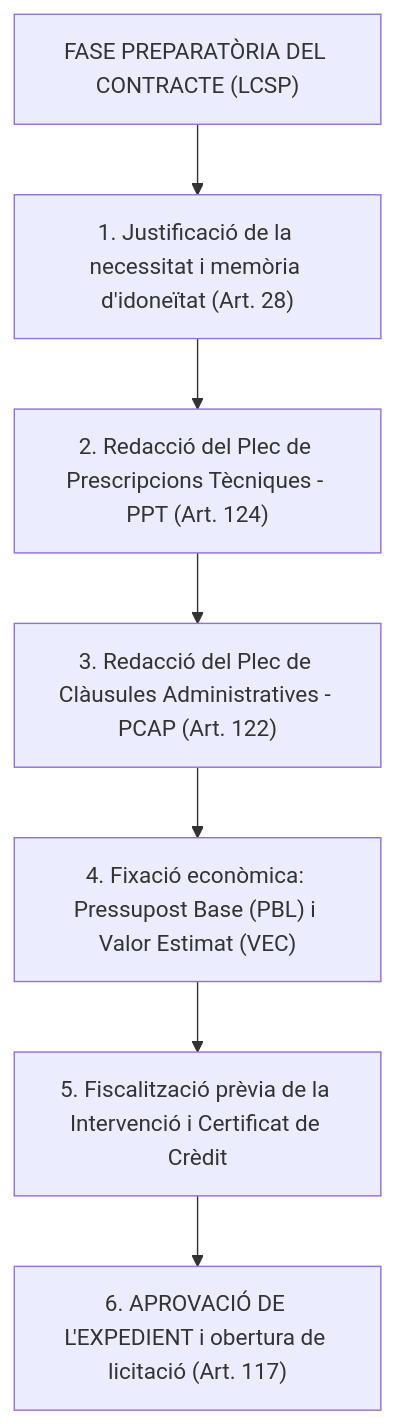
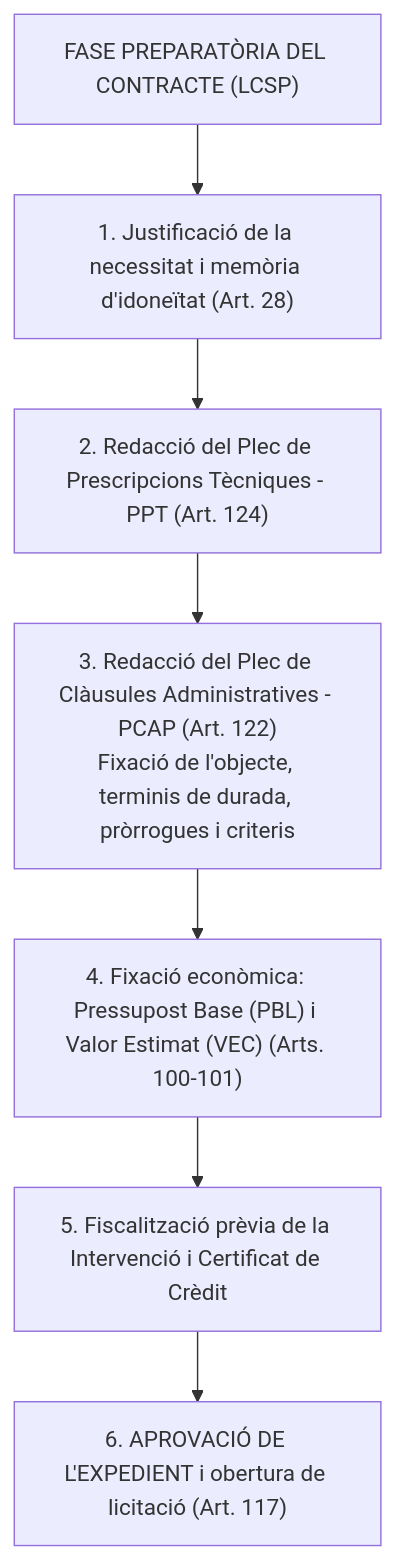
The first of 8 diagrams in part_general/15_preparacio_contractes_expedient_plecs.md (oriolmapu/opo), drawn with Mermaid before and after one commit. The commit also changed other lines of this file, not shown here.

Commit message:
docs(tema-15): afegir descripció exhaustiva dels terminis per tipus de contracte segons la LCSP

````diff
--- a/part_general/15_preparacio_contractes_expedient_plecs.md
+++ b/part_general/15_preparacio_contractes_expedient_plecs.md
@@ -12,18 +12,18 @@
 ```mermaid
 graph TD
     FasePrep["FASE PREPARATÒRIA DEL CONTRACTE (LCSP)"]
     
     A["1. Justificació de la necessitat i memòria d'idoneïtat (Art. 28)"]
     B["2. Redacció del Plec de Prescripcions Tècniques - PPT (Art. 124)"]
-    C["3. Redacció del Plec de Clàusules Administratives - PCAP (Art. 122)"]
-    D["4. Fixació econòmica: Pressupost Base (PBL) i Valor Estimat (VEC)"]
+    C["3. Redacció del Plec de Clàusules Administratives - PCAP (Art. 122)<br/>Fixació de l'objecte, terminis de durada, pròrrogues i criteris"]
+    D["4. Fixació econòmica: Pressupost Base (PBL) i Valor Estimat (VEC) (Arts. 100-101)"]
     E["5. Fiscalització prèvia de la Intervenció i Certificat de Crèdit"]
     F["6. APROVACIÓ DE L'EXPEDIENT i obertura de licitació (Art. 117)"]
 
     FasePrep --> A
     A --> B
     B --> C
     C --> D
     D --> E
     E --> F
 ```
````
